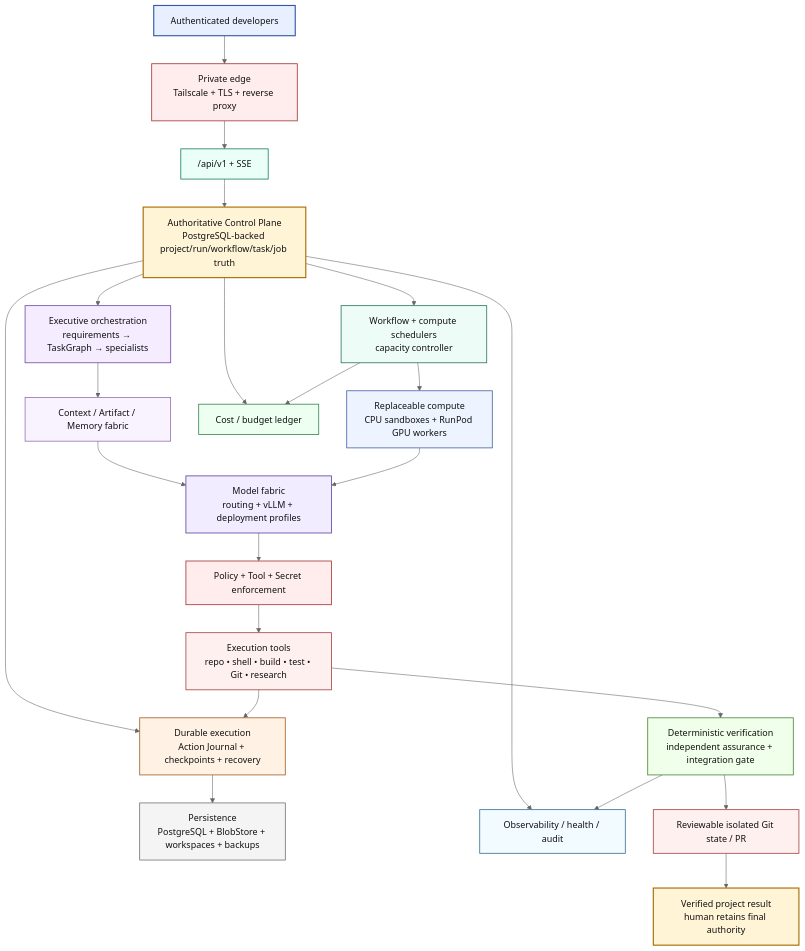
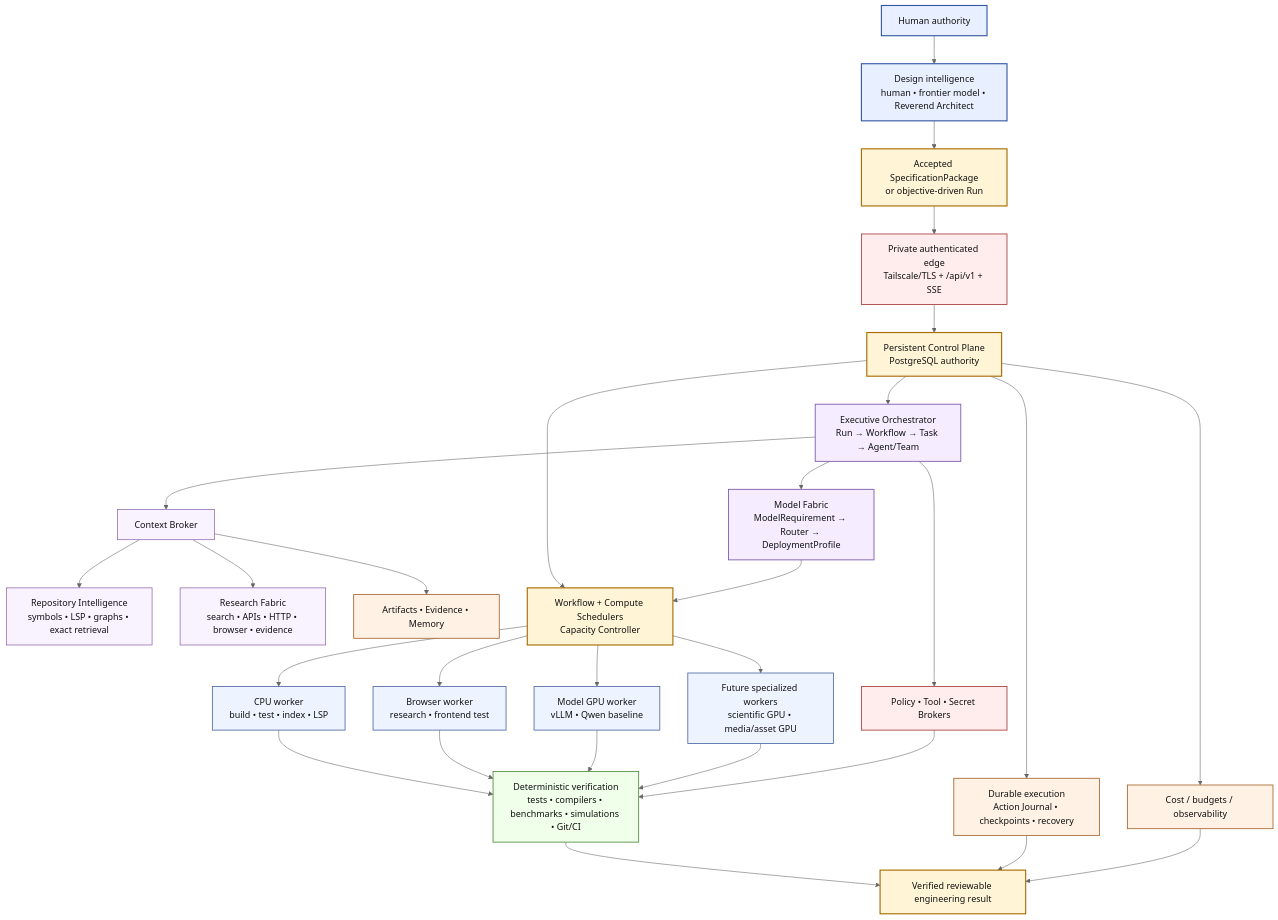
One commit to reverez/reverend changed the diagram in Documentation/Design/Diagrams/00-system-overview.mmd. Above: the diagram before and after it, drawn with Mermaid (neutral theme). The commit also changed 33 other files, not shown here.

First line of the commit message:
Finalize Reverend Cloud v1 Design phase

```diff
--- a/Documentation/Design/Diagrams/00-system-overview.mmd
+++ b/Documentation/Design/Diagrams/00-system-overview.mmd
@@ -1,58 +1,57 @@
 flowchart TB
 
-%% STYLES
-%% =========================================================
 classDef human fill:#e8f0ff,stroke:#3458a4,stroke-width:2px,color:#111;
-classDef client fill:#eef7ff,stroke:#3678a8,stroke-width:1.5px,color:#111;
 classDef api fill:#e9fff7,stroke:#23855f,stroke-width:1.5px,color:#111;
 classDef authority fill:#fff4d6,stroke:#a76b00,stroke-width:2px,color:#111;
-classDef domain fill:#fff9e8,stroke:#a7802b,stroke-width:1.5px,color:#111;
 classDef agent fill:#f5edff,stroke:#7552a8,stroke-width:1.5px,color:#111;
 classDef context fill:#f8f3ff,stroke:#8458aa,stroke-width:1.2px,color:#111;
-classDef tool fill:#fff0f0,stroke:#aa4949,stroke-width:1.5px,color:#111;
+classDef compute fill:#eef4ff,stroke:#4f68a8,stroke-width:1.5px,color:#111;
+classDef security fill:#ffecec,stroke:#a73b3b,stroke-width:1.5px,color:#111;
+classDef durable fill:#fff2e5,stroke:#a6642c,stroke-width:1.5px,color:#111;
 classDef verify fill:#efffe9,stroke:#4e8a3c,stroke-width:1.5px,color:#111;
-classDef sched fill:#eefcf8,stroke:#2f7a68,stroke-width:1.5px,color:#111;
-classDef compute fill:#eef4ff,stroke:#4f68a8,stroke-width:1.5px,color:#111;
-classDef model fill:#f1ecff,stroke:#5f49a8,stroke-width:1.5px,color:#111;
-classDef durable fill:#fff2e5,stroke:#a6642c,stroke-width:1.5px,color:#111;
-classDef security fill:#ffecec,stroke:#a73b3b,stroke-width:1.5px,color:#111;
-classDef data fill:#f4f4f4,stroke:#666,stroke-width:1.3px,color:#111;
-classDef cost fill:#ecfff1,stroke:#3e8b55,stroke-width:1.5px,color:#111;
-classDef ops fill:#f2fbff,stroke:#3f7890,stroke-width:1.5px,color:#111;
-classDef external fill:#f7f7f7,stroke:#777,stroke-width:1.2px,stroke-dasharray:5 3,color:#111;
-classDef dev fill:#fff8ed,stroke:#9b6b23,stroke-width:1.3px,color:#111;
-classDef invariant fill:#fffbe6,stroke:#b09121,stroke-width:1.5px,color:#111;
 
-%% =========================================================
+H["Human authority"]:::human
+DI["Design intelligence<br/>human • frontier model • Reverend Architect"]:::human
+SP["Accepted SpecificationPackage<br/>or objective-driven Run"]:::authority
+EDGE["Private authenticated edge<br/>Tailscale/TLS + /api/v1 + SSE"]:::security
+CP["Persistent Control Plane<br/>PostgreSQL authority"]:::authority
+ORCH["Executive Orchestrator<br/>Run → Workflow → Task → Agent/Team"]:::agent
+CTX["Context Broker"]:::context
+RI["Repository Intelligence<br/>symbols • LSP • graphs • exact retrieval"]:::context
+RF["Research Fabric<br/>search • APIs • HTTP • browser • evidence"]:::context
+MEM["Artifacts • Evidence • Memory"]:::durable
+MF["Model Fabric<br/>ModelRequirement → Router → DeploymentProfile"]:::agent
+POL["Policy • Tool • Secret Brokers"]:::security
+SCHED["Workflow + Compute Schedulers<br/>Capacity Controller"]:::authority
+CPU["CPU worker<br/>build • test • index • LSP"]:::compute
+BR["Browser worker<br/>research • frontend test"]:::compute
+GPU["Model GPU worker<br/>vLLM • Qwen baseline"]:::compute
+SPEC["Future specialized workers<br/>scientific GPU • media/asset GPU"]:::compute
+DET["Deterministic verification<br/>tests • compilers • benchmarks • simulations • Git/CI"]:::verify
+REC["Durable execution<br/>Action Journal • checkpoints • recovery"]:::durable
+COST["Cost / budgets / observability"]:::durable
+OUT["Verified reviewable engineering result"]:::authority
 
-H["Authenticated developers"]:::human
-EDGE["Private edge<br/>Tailscale + TLS + reverse proxy"]:::security
-API["/api/v1 + SSE"]:::api
-CP["Authoritative Control Plane<br/>PostgreSQL-backed project/run/workflow/task/job truth"]:::authority
-ORCH["Executive orchestration<br/>requirements → TaskGraph → specialists"]:::agent
-CTX["Context / Artifact / Memory fabric"]:::context
-MODEL["Model fabric<br/>routing + vLLM + deployment profiles"]:::model
-POLICY["Policy + Tool + Secret enforcement"]:::security
-TOOLS["Execution tools<br/>repo • shell • build • test • Git • research"]:::tool
-VERIFY["Deterministic verification<br/>independent assurance + integration gate"]:::verify
-SCHED["Workflow + compute schedulers<br/>capacity controller"]:::sched
-COMPUTE["Replaceable compute<br/>CPU sandboxes + RunPod GPU workers"]:::compute
-DUR["Durable execution<br/>Action Journal + checkpoints + recovery"]:::durable
-STORE["Persistence<br/>PostgreSQL + BlobStore + workspaces + backups"]:::data
-COST["Cost / budget ledger"]:::cost
-OBS["Observability / health / audit"]:::ops
-GIT["Reviewable isolated Git state / PR"]:::tool
-OUT["Verified project result<br/>human retains final authority"]:::authority
-
-H --> EDGE --> API --> CP
-CP --> ORCH --> CTX --> MODEL
-MODEL --> POLICY --> TOOLS --> VERIFY --> GIT --> OUT
-
-CP --> SCHED --> COMPUTE
-COMPUTE --> MODEL
-CP --> DUR --> STORE
+H --> DI --> SP --> EDGE --> CP
+CP --> ORCH --> CTX
+CTX --> RI
+CTX --> RF
+CTX --> MEM
+ORCH --> MF
+ORCH --> POL
+CP --> SCHED
+MF --> SCHED
+SCHED --> CPU
+SCHED --> BR
+SCHED --> GPU
+SCHED --> SPEC
+CPU --> DET
+BR --> DET
+GPU --> DET
+SPEC --> DET
+POL --> DET
+DET --> OUT
+CP --> REC
 CP --> COST
-CP --> OBS
-TOOLS --> DUR
-SCHED --> COST
-VERIFY --> OBS
+REC --> OUT
+COST --> OUT
```
